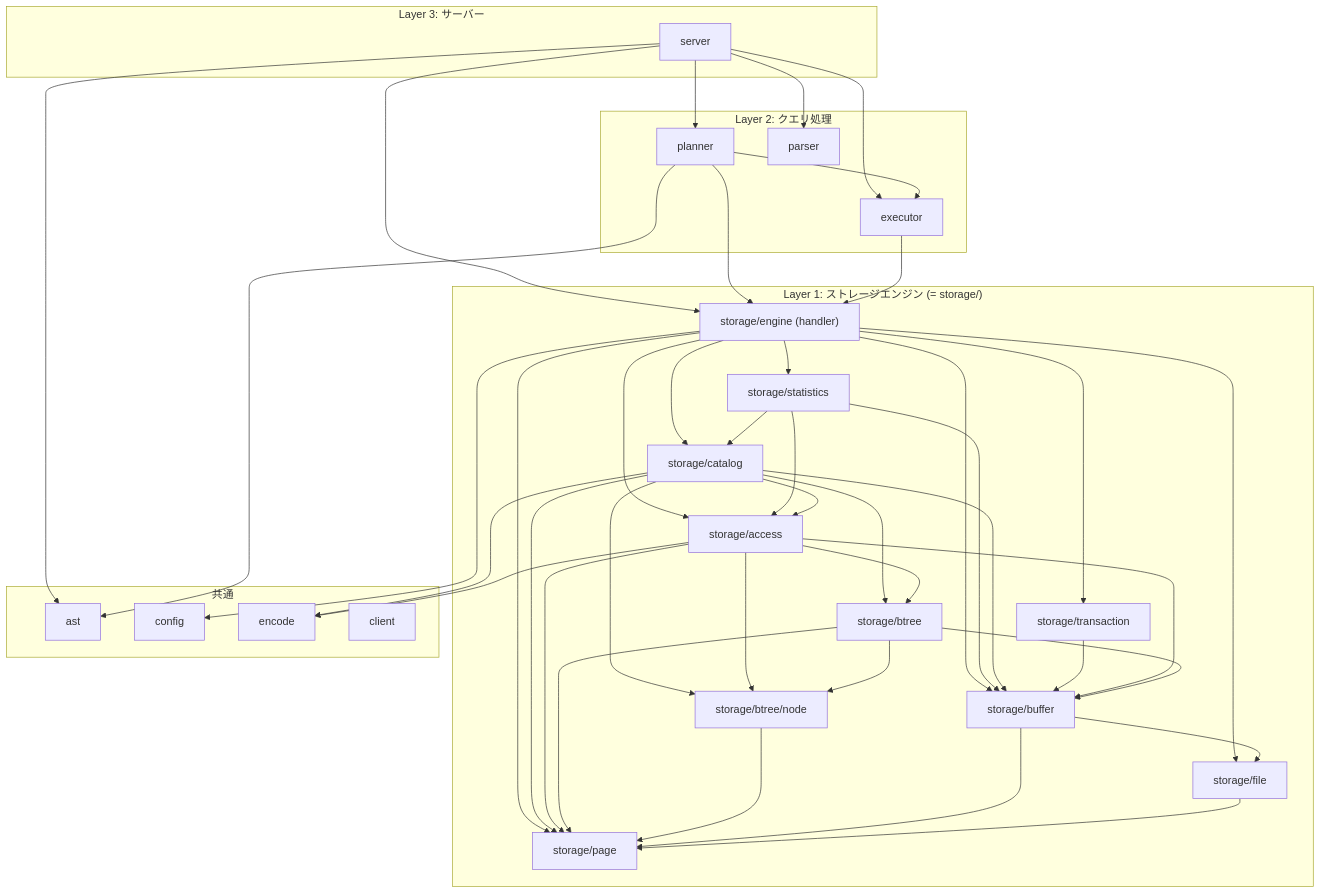
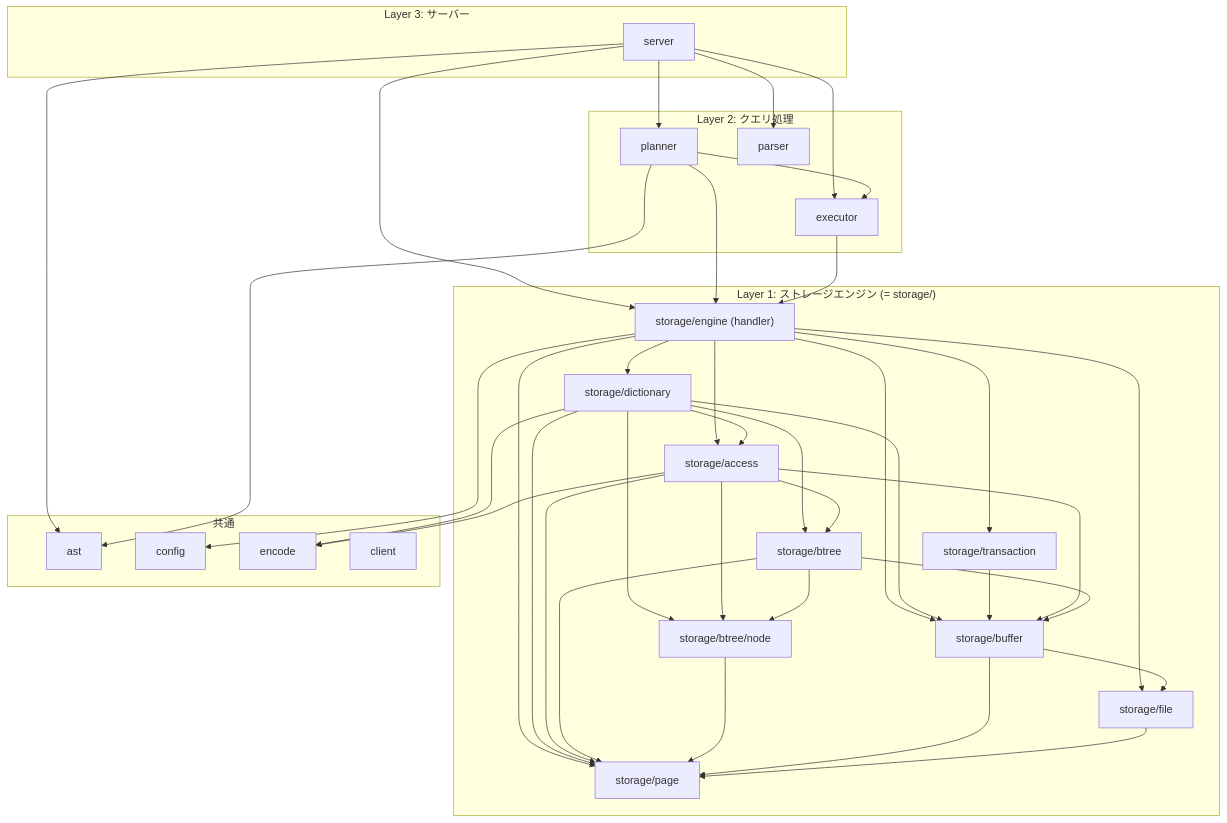
One commit to ren-yamanashi/minesql changed the second of 2 diagrams in docs/architecture/package-graph.md. Above: the diagram before and after it, drawn with Mermaid. The commit also changed other lines of this file and 73 other files, not shown here.

````diff
--- a/docs/architecture/package-graph.md
+++ b/docs/architecture/package-graph.md
@@ -65,46 +60,44 @@
 ```mermaid
 graph TD
     subgraph "Layer 3: サーバー"
         server
     end
 
     subgraph "Layer 2: クエリ処理"
         planner
         parser
         executor
     end
 
     subgraph "Layer 1: ストレージエンジン (= storage/)"
         storage/engine["storage/engine (handler)"]
-        storage/statistics
-        storage/catalog
+        storage/dictionary
         storage/transaction
         storage/access
         storage/btree
         storage/btree/node
         storage/buffer
         storage/file
         storage/page
     end
 
     subgraph "共通"
         ast
         config
         encode
         client
     end
 
     server --> planner & parser & executor & storage/engine & ast
     planner --> executor & storage/engine & ast
     executor --> storage/engine
 
-    storage/engine --> storage/access & storage/catalog & storage/statistics & storage/transaction & storage/buffer & storage/file & storage/page & config
-    storage/statistics --> storage/access & storage/catalog & storage/buffer
-    storage/catalog --> storage/access & storage/btree & storage/btree/node & storage/buffer & storage/page & encode
+    storage/engine --> storage/access & storage/dictionary & storage/transaction & storage/buffer & storage/file & storage/page & config
+    storage/dictionary --> storage/access & storage/btree & storage/btree/node & storage/buffer & storage/page & encode
     storage/transaction --> storage/buffer
     storage/access --> storage/btree & storage/btree/node & storage/buffer & storage/page & encode
     storage/btree --> storage/btree/node & storage/buffer & storage/page
     storage/btree/node --> storage/page
     storage/buffer --> storage/file & storage/page
     storage/file --> storage/page
 ```
````
